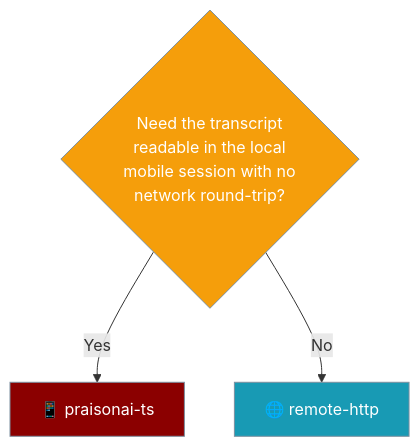
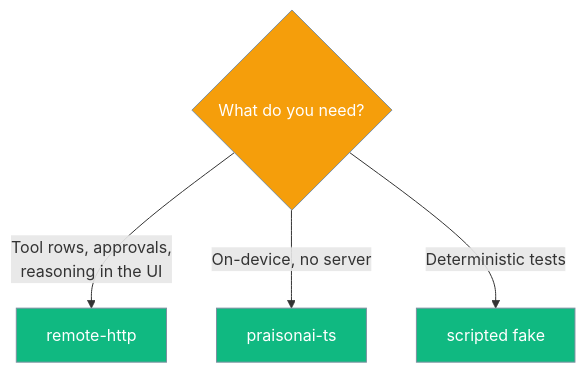
The third of 3 diagrams in docs/features/mobile/engines.mdx (MervinPraison/PraisonAIDocs), drawn with Mermaid before and after one commit. The commit also changed other lines of this file and 9 other files, not shown here.

Commit message:
docs: add PraisonAI Mobile pages (Tauri 2 shell + praisonai-ts engine) (fixes #3399)

````diff
--- a/docs/features/mobile/engines.mdx
+++ b/docs/features/mobile/engines.mdx
@@ -149,13 +236,12 @@
 ```mermaid
 graph TB
-    Start{Need the transcript<br/>readable in the local<br/>mobile session with no<br/>network round-trip?} -->|Yes| InProc[📱 praisonai-ts]
-    Start -->|No| Remote[🌐 remote-http]
+    Start{What do you need?} -->|Tool rows, approvals,<br/>reasoning in the UI| HTTP[remote-http]
+    Start -->|On-device, no server| TS[praisonai-ts]
+    Start -->|Deterministic tests| Fake[scripted fake]
 
     classDef q fill:#F59E0B,stroke:#7C90A0,color:#fff
-    classDef inproc fill:#8B0000,stroke:#7C90A0,color:#fff
-    classDef remote fill:#189AB4,stroke:#7C90A0,color:#fff
+    classDef pick fill:#10B981,stroke:#7C90A0,color:#fff
 
     class Start q
-    class InProc inproc
-    class Remote remote
+    class HTTP,TS,Fake pick
 ```
````
